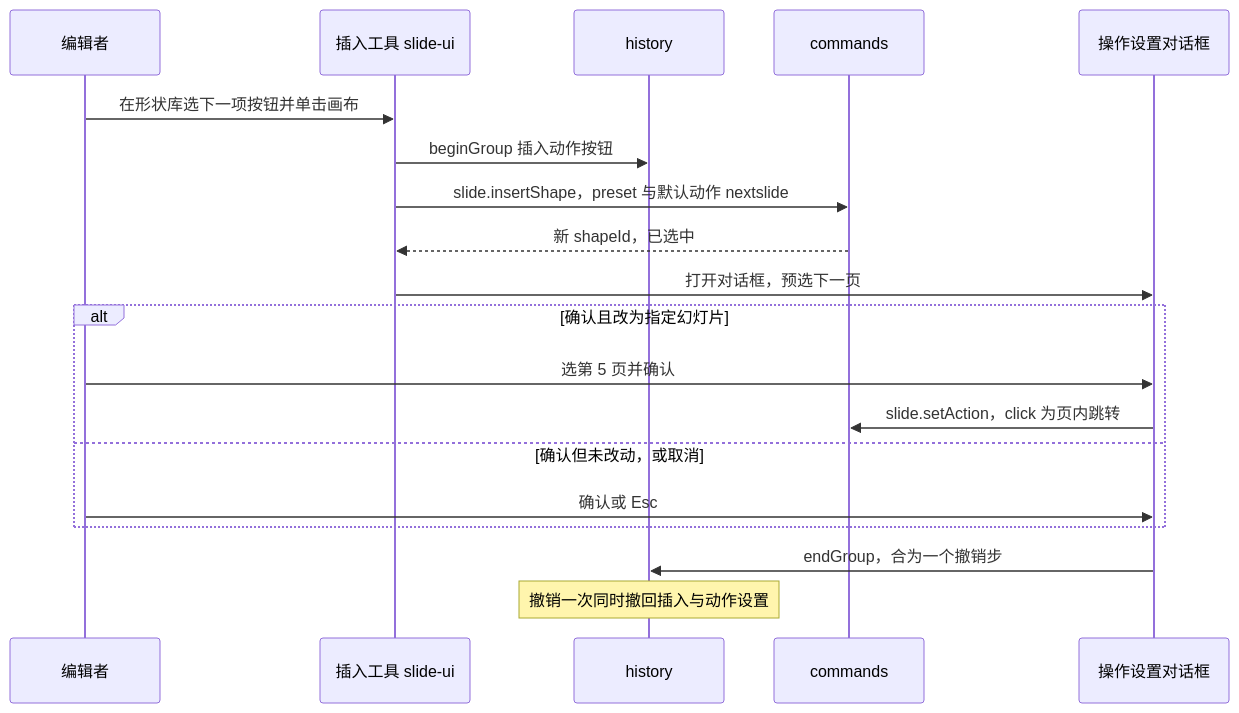
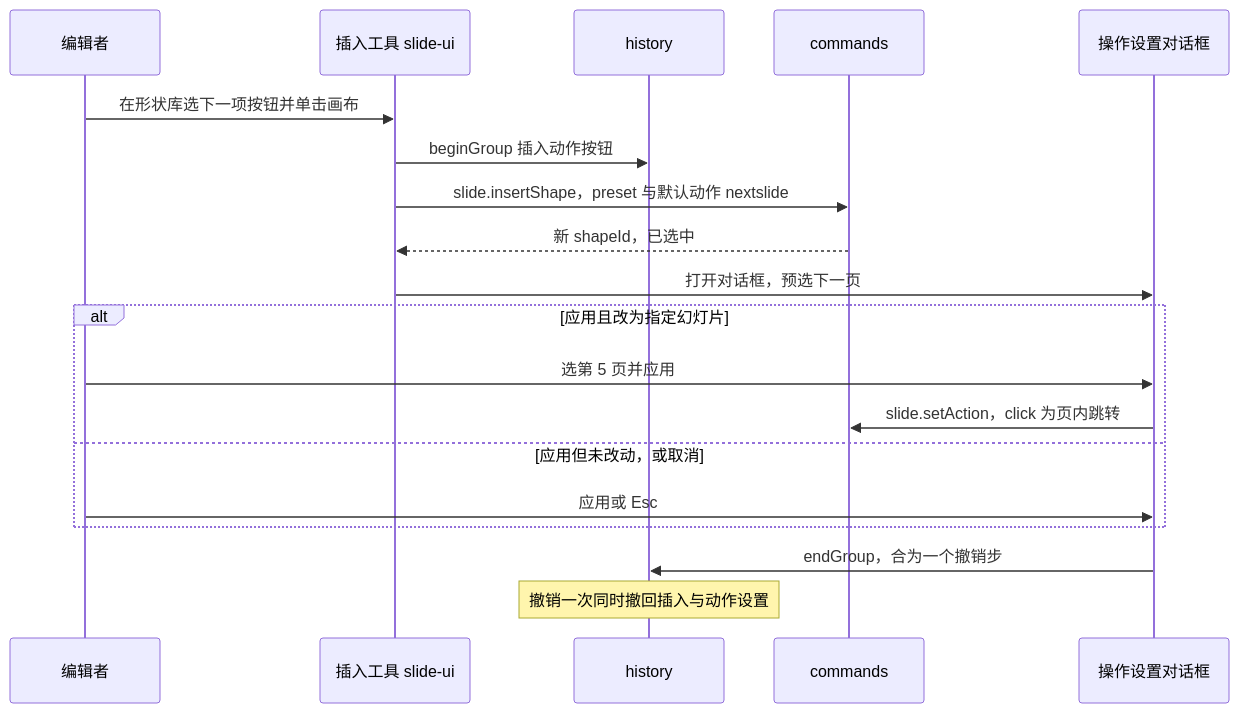
Before and after one commit to Xeonice/cordis-ppt-editor: diagram 11 of 12 in docs/50-frontend/22-elements-shapes-and-lines.md, drawn with Mermaid. The commit also changed other lines of this file and 25 other files, not shown here.

````diff
--- a/docs/50-frontend/22-elements-shapes-and-lines.md
+++ b/docs/50-frontend/22-elements-shapes-and-lines.md
@@ -608,21 +614,21 @@
 ```mermaid
 sequenceDiagram
   participant U as 编辑者
   participant T as 插入工具 slide-ui
   participant H as history
   participant C as commands
   participant D as 操作设置对话框
   U->>T: 在形状库选下一项按钮并单击画布
   T->>H: beginGroup 插入动作按钮
   T->>C: slide.insertShape，preset 与默认动作 nextslide
   C-->>T: 新 shapeId，已选中
   T->>D: 打开对话框，预选下一页
-  alt 确认且改为指定幻灯片
-    U->>D: 选第 5 页并确认
+  alt 应用且改为指定幻灯片
+    U->>D: 选第 5 页并应用
     D->>C: slide.setAction，click 为页内跳转
-  else 确认但未改动，或取消
-    U->>D: 确认或 Esc
+  else 应用但未改动，或取消
+    U->>D: 应用或 Esc
   end
   D->>H: endGroup，合为一个撤销步
   Note over H: 撤销一次同时撤回插入与动作设置
 ```
````
